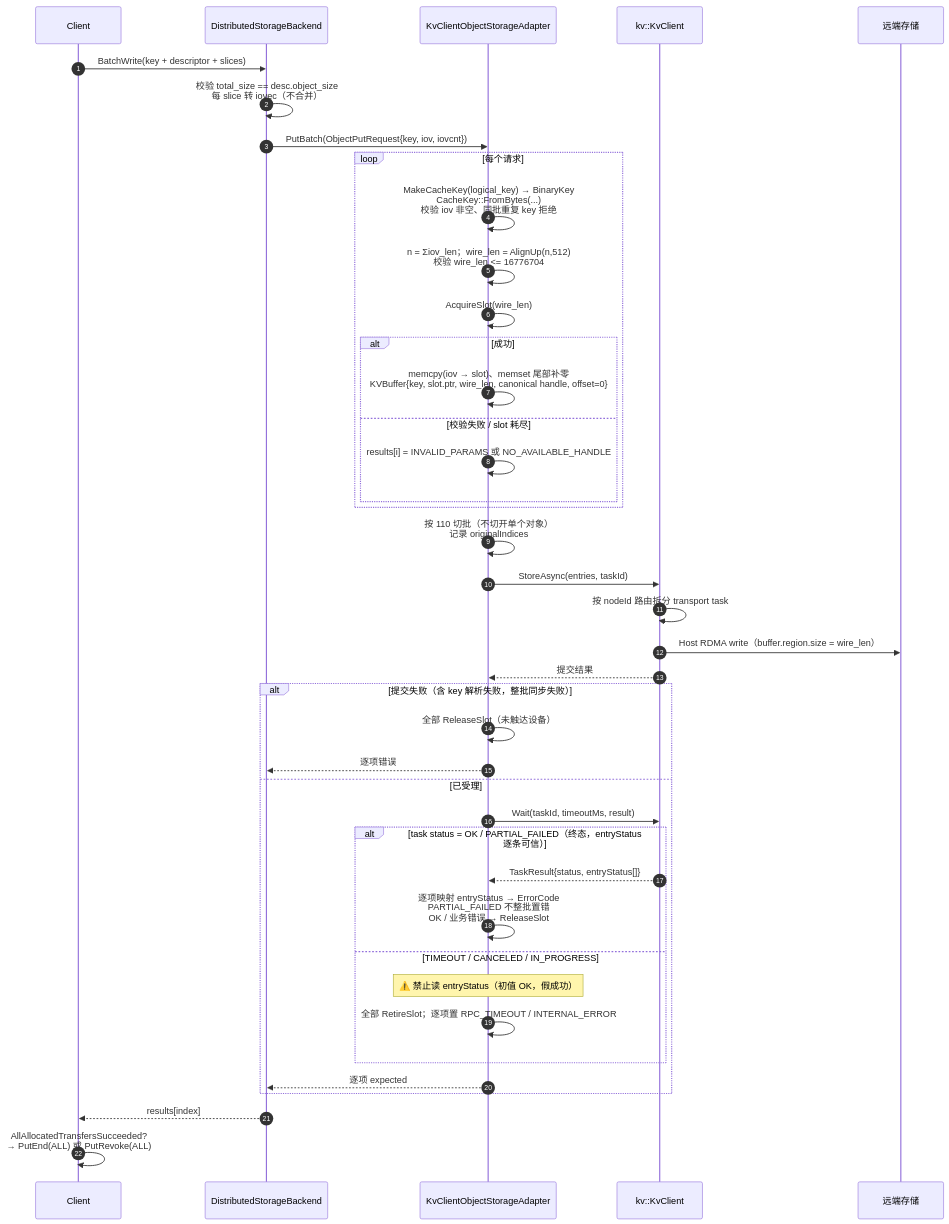
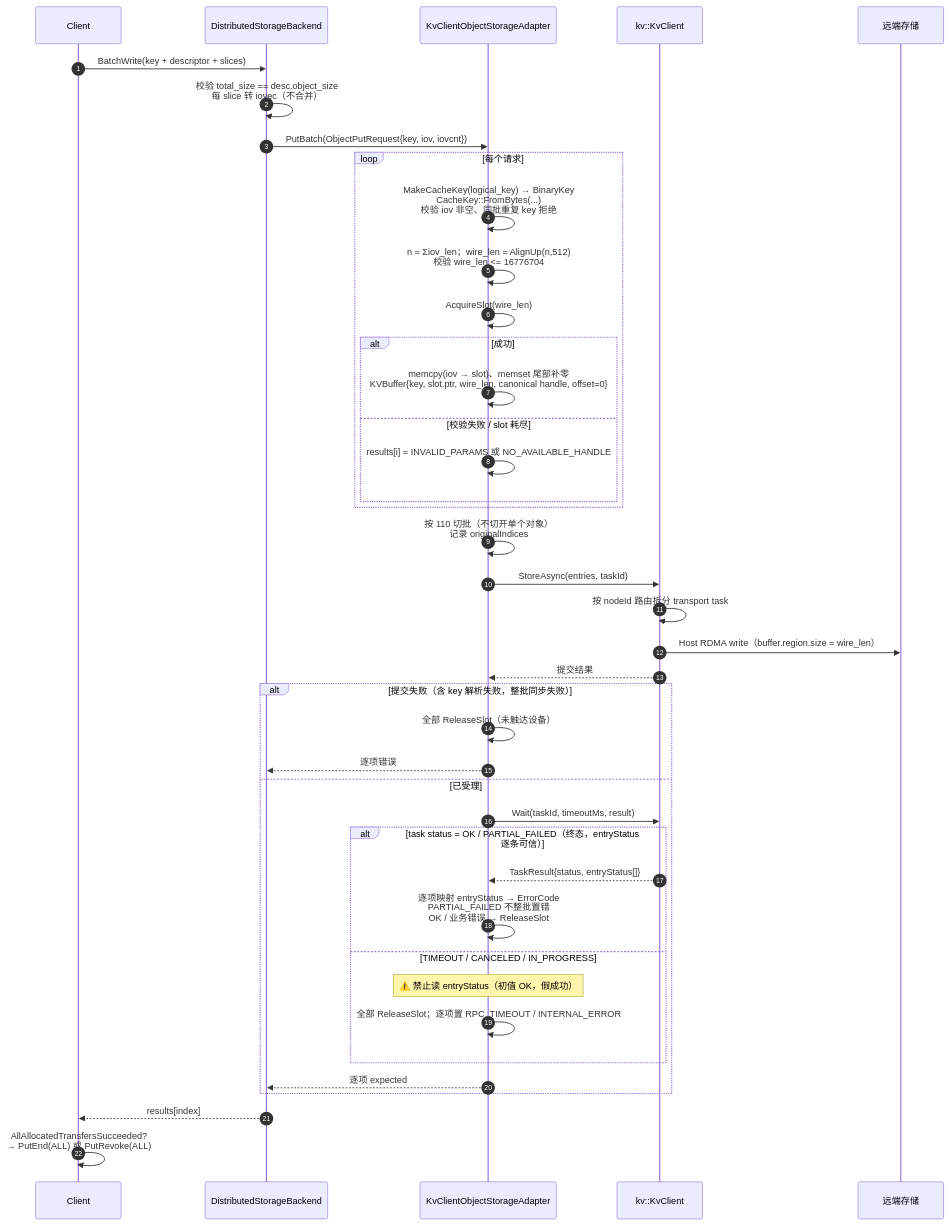
Before and after one commit to zwj20000328-dotcom/Mooncake-documents: the ninth of 13 diagrams in Mooncake + KVClient L3 接入（Kvcs）- v3.md, drawn with Mermaid. The commit also changed other lines of this file, not shown here.

First line of the commit message:
docs: release the slot on every failure path

````diff
--- a/Mooncake + KVClient L3 接入（Kvcs）- v3.md
+++ b/Mooncake + KVClient L3 接入（Kvcs）- v3.md
@@ -586,44 +585,44 @@
 ```mermaid
 sequenceDiagram
     autonumber
     participant C as Client
     participant BE as DistributedStorageBackend
     participant AD as KvClientObjectStorageAdapter
     participant SDK as kv::KvClient
     participant S as 远端存储
 
     C->>BE: BatchWrite(key + descriptor + slices)
     BE->>BE: 校验 total_size == desc.object_size<br/>每 slice 转 iovec（不合并）
     BE->>AD: PutBatch(ObjectPutRequest{key, iov, iovcnt})
     loop 每个请求
         AD->>AD: MakeCacheKey(logical_key) → BinaryKey<br/>CacheKey::FromBytes(...)<br/>校验 iov 非空、同批重复 key 拒绝
         AD->>AD: n = Σiov_len；wire_len = AlignUp(n,512)<br/>校验 wire_len <= 16776704
         AD->>AD: AcquireSlot(wire_len)
         alt 成功
             AD->>AD: memcpy(iov → slot)、memset 尾部补零<br/>KVBuffer{key, slot.ptr, wire_len, canonical handle, offset=0}
         else 校验失败 / slot 耗尽
             AD->>AD: results[i] = INVALID_PARAMS 或 NO_AVAILABLE_HANDLE
         end
     end
     AD->>AD: 按 110 切批（不切开单个对象）<br/>记录 originalIndices
     AD->>SDK: StoreAsync(entries, taskId)
     SDK->>SDK: 按 nodeId 路由拆分 transport task
     SDK->>S: Host RDMA write（buffer.region.size = wire_len）
     SDK-->>AD: 提交结果
     alt 提交失败（含 key 解析失败，整批同步失败）
         AD->>AD: 全部 ReleaseSlot（未触达设备）
         AD-->>BE: 逐项错误
     else 已受理
         AD->>SDK: Wait(taskId, timeoutMs, result)
         alt task status = OK / PARTIAL_FAILED（终态，entryStatus 逐条可信）
             SDK-->>AD: TaskResult{status, entryStatus[]}
             AD->>AD: 逐项映射 entryStatus → ErrorCode<br/>PARTIAL_FAILED 不整批置错<br/>OK / 业务错误 → ReleaseSlot
         else TIMEOUT / CANCELED / IN_PROGRESS
             Note over AD: ⚠️ 禁止读 entryStatus（初值 OK，假成功）
-            AD->>AD: 全部 RetireSlot；逐项置 RPC_TIMEOUT / INTERNAL_ERROR
+            AD->>AD: 全部 ReleaseSlot；逐项置 RPC_TIMEOUT / INTERNAL_ERROR
         end
         AD-->>BE: 逐项 expected
     end
     BE-->>C: results[index]
     C->>C: AllAllocatedTransfersSucceeded?<br/>→ PutEnd(ALL) 或 PutRevoke(ALL)
 ```
````
